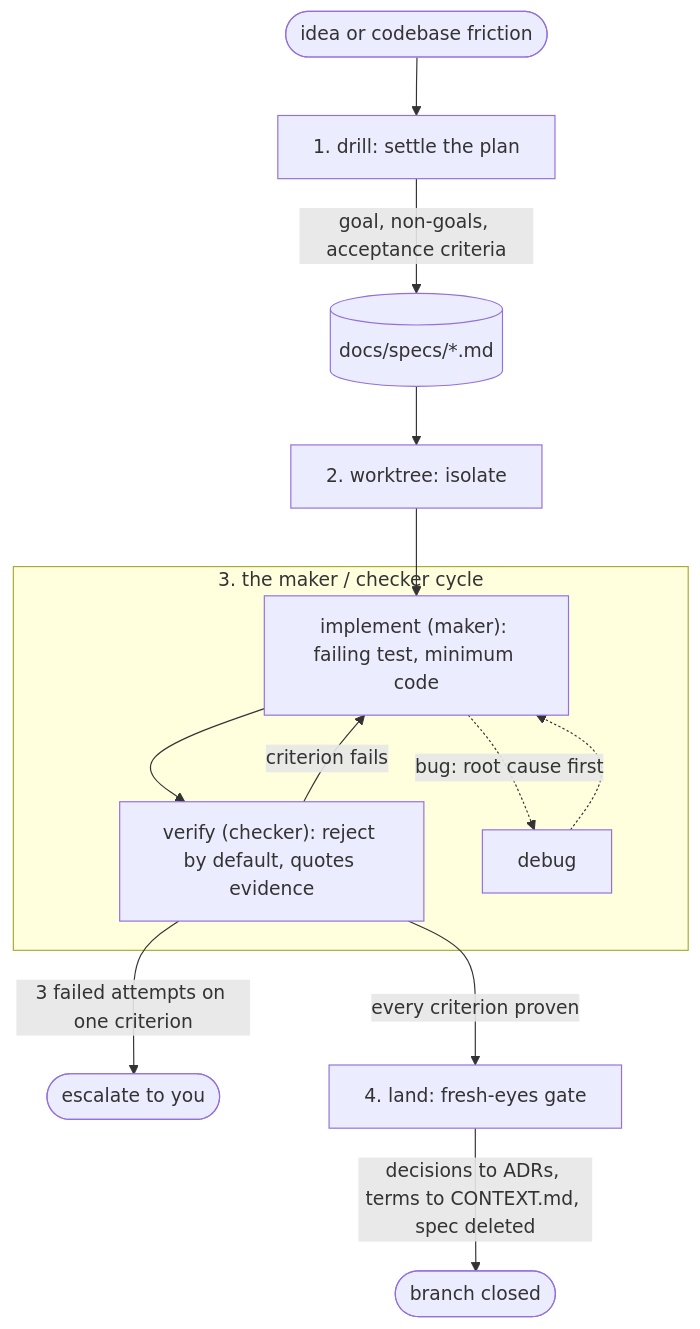
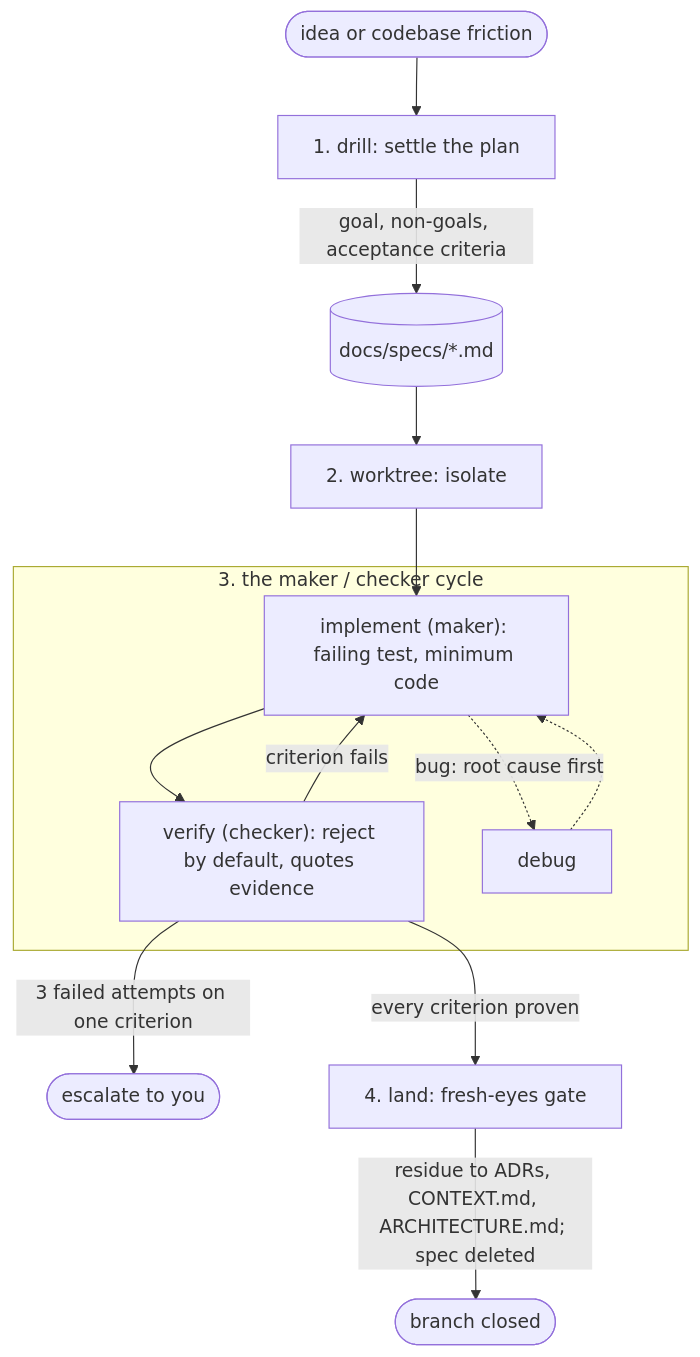
One commit to gitshrl/skills changed the diagram in README.md. Above: the diagram before and after it, drawn with Mermaid. The commit also changed other lines of this file and 4 other files, not shown here.

Commit message:
add architecture.md living map, route spec reasoning into commits and pr bodies

````diff
--- a/README.md
+++ b/README.md
@@ -57,18 +57,18 @@
 ```mermaid
 flowchart TD
     idea([idea or codebase friction]) --> drill["1. drill: settle the plan"]
     drill -- "goal, non-goals, acceptance criteria" --> spec[("docs/specs/*.md")]
     spec --> wt["2. worktree: isolate"]
     wt --> impl
 
     subgraph cycle["3. the maker / checker cycle"]
         impl["implement (maker): failing test, minimum code"] --> verify["verify (checker): reject by default, quotes evidence"]
         verify -- "criterion fails" --> impl
         impl -. "bug: root cause first" .-> debug
         debug -.-> impl
     end
 
     verify -- "3 failed attempts on one criterion" --> you(["escalate to you"])
     verify -- "every criterion proven" --> land["4. land: fresh-eyes gate"]
-    land -- "decisions to ADRs, terms to CONTEXT.md, spec deleted" --> done([branch closed])
+    land -- "residue to ADRs, CONTEXT.md, ARCHITECTURE.md; spec deleted" --> done([branch closed])
 ```
````
